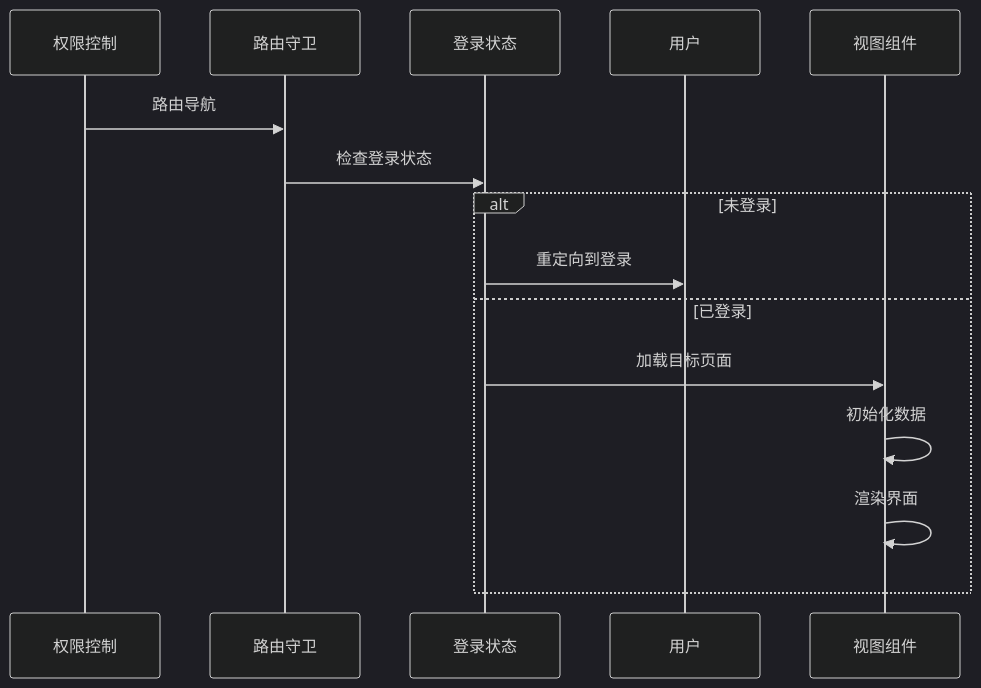
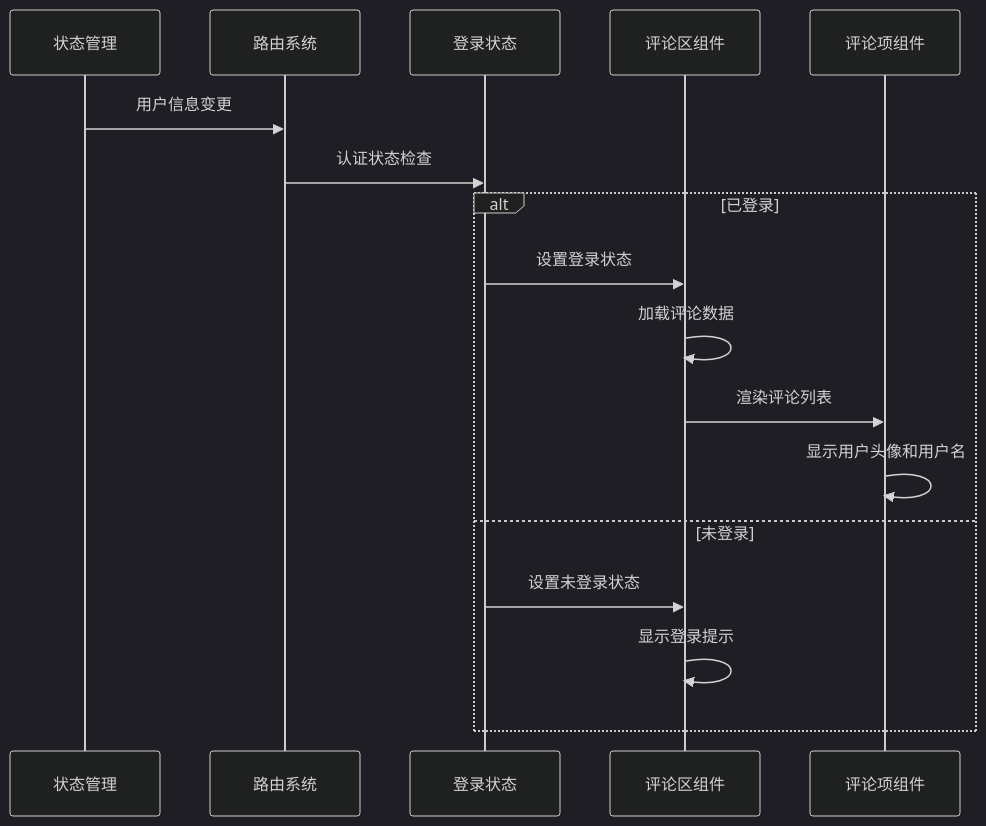
Before and after one commit to TinyMaD/SpeedRunnersLab: the fifth of 5 diagrams in .qoder/repowiki/zh/content/前端应用/组件架构/业务组件/前端评论组件.md, drawn with Mermaid (dark theme). The commit also changed other lines of this file and 9 other files, not shown here.

````diff
--- a/.qoder/repowiki/zh/content/前端应用/组件架构/业务组件/前端评论组件.md
+++ b/.qoder/repowiki/zh/content/前端应用/组件架构/业务组件/前端评论组件.md
@@ -366,17 +338,19 @@
 ```mermaid
 sequenceDiagram
-participant P as 权限控制
-participant R as 路由守卫
-participant L as 登录状态
-participant U as 用户
-participant V as 视图组件
-P->>R : 路由导航
-R->>L : 检查登录状态
-alt 未登录
-L->>U : 重定向到登录
-else 已登录
-L->>V : 加载目标页面
-V->>V : 初始化数据
-V->>V : 渲染界面
+participant ST as 状态管理
+participant RS as 路由系统
+participant LS as 登录状态
+participant CS as 评论区组件
+participant CI as 评论项组件
+ST->>RS : 用户信息变更
+RS->>LS : 认证状态检查
+alt 已登录
+LS->>CS : 设置登录状态
+CS->>CS : 加载评论数据
+CS->>CI : 渲染评论列表
+CI->>CI : 显示用户头像和用户名
+else 未登录
+LS->>CS : 设置未登录状态
+CS->>CS : 显示登录提示
 end
 ```
````
